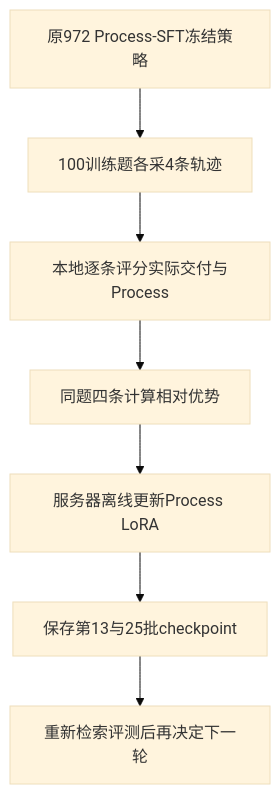
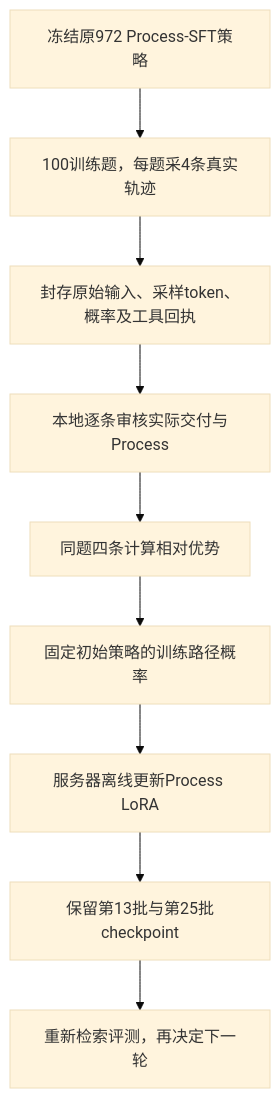
Before and after one commit to MaSunKing/medical-research-agent-grpo: the diagram in versions/process_final_sft/grpo.md, drawn with Mermaid (base theme). The commit also changed other lines of this file and 34 other files, not shown here.

````diff
--- a/versions/process_final_sft/grpo.md
+++ b/versions/process_final_sft/grpo.md
@@ -7,9 +21,11 @@
 ```mermaid
 flowchart TD
-    A[原972 Process-SFT冻结策略] --> B[100训练题各采4条轨迹]
-    B --> C[本地逐条评分实际交付与Process]
-    C --> D[同题四条计算相对优势]
-    D --> E[服务器离线更新Process LoRA]
-    E --> F[保存第13与25批checkpoint]
-    F --> G[重新检索评测后再决定下一轮]
+    A[冻结原972 Process-SFT策略] --> B[100训练题，每题采4条真实轨迹]
+    B --> C[封存原始输入、采样token、概率及工具回执]
+    C --> D[本地逐条审核实际交付与Process]
+    D --> E[同题四条计算相对优势]
+    E --> R[固定初始策略的训练路径概率]
+    R --> F[服务器离线更新Process LoRA]
+    F --> G[保留第13批与第25批checkpoint]
+    G --> H[重新检索评测，再决定下一轮]
 ```
````
